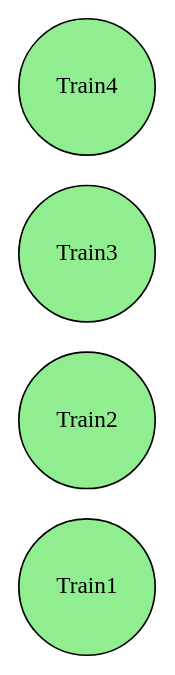
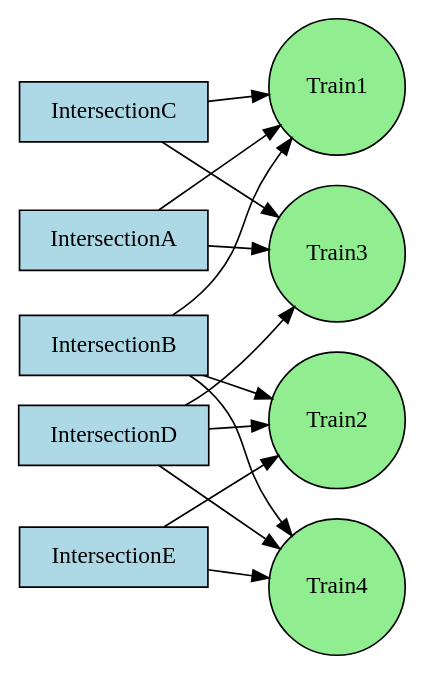
One commit to Epsilon157/Group-D changed the diagram in rag.dot. Above: the diagram before and after it, drawn with Graphviz. The commit also changed 3 other files, not shown here.

```diff
--- a/rag.dot
+++ b/rag.dot
@@ -1,8 +1,20 @@
 digraph RAG {
   rankdir=LR;
   node [shape=rectangle, style=filled, fillcolor=lightblue];
   "Train1" [shape=circle, fillcolor=lightgreen];
+  "IntersectionA" -> "Train1";
+  "IntersectionB" -> "Train1";
+  "IntersectionC" -> "Train1";
   "Train2" [shape=circle, fillcolor=lightgreen];
+  "IntersectionB" -> "Train2";
+  "IntersectionD" -> "Train2";
+  "IntersectionE" -> "Train2";
   "Train3" [shape=circle, fillcolor=lightgreen];
+  "IntersectionC" -> "Train3";
+  "IntersectionD" -> "Train3";
+  "IntersectionA" -> "Train3";
   "Train4" [shape=circle, fillcolor=lightgreen];
+  "IntersectionE" -> "Train4";
+  "IntersectionB" -> "Train4";
+  "IntersectionD" -> "Train4";
 }
```
